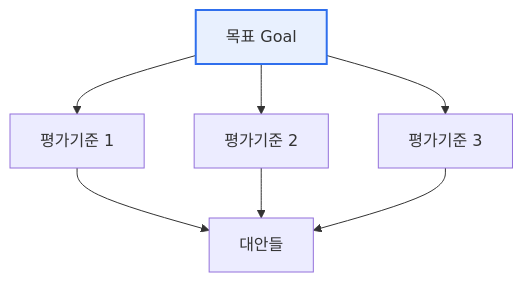
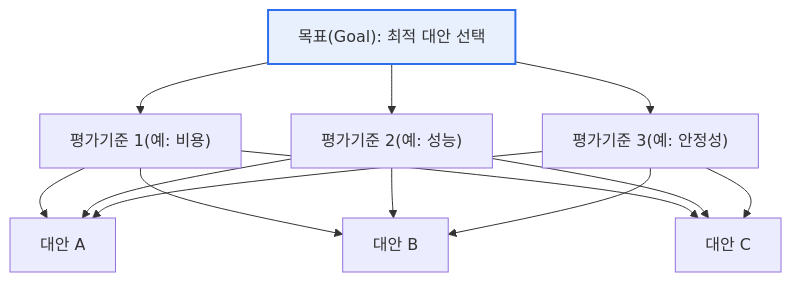
One commit to coninggu/wjdqhrhksflrltnftk changed the first of 2 diagrams in content/ahp.md. Above: the diagram before and after it, drawn with Mermaid. The commit also changed other lines of this file and 3 other files, not shown here.

````diff
--- a/content/ahp.md
+++ b/content/ahp.md
@@ -15,10 +23,16 @@
 ```mermaid
 flowchart TB
-  G[목표 Goal] --> C1[평가기준 1]
-  G --> C2[평가기준 2]
-  G --> C3[평가기준 3]
-  C1 --> A[대안들]
-  C2 --> A
-  C3 --> A
+  G["목표(Goal): 최적 대안 선택"] --> C1["평가기준 1(예: 비용)"]
+  G --> C2["평가기준 2(예: 성능)"]
+  G --> C3["평가기준 3(예: 안정성)"]
+  C1 --> A1["대안 A"]
+  C1 --> A2["대안 B"]
+  C1 --> A3["대안 C"]
+  C2 --> A1
+  C2 --> A2
+  C2 --> A3
+  C3 --> A1
+  C3 --> A2
+  C3 --> A3
   style G fill:#e8f0fe,stroke:#2f6fed,stroke-width:2px
 ```
````
